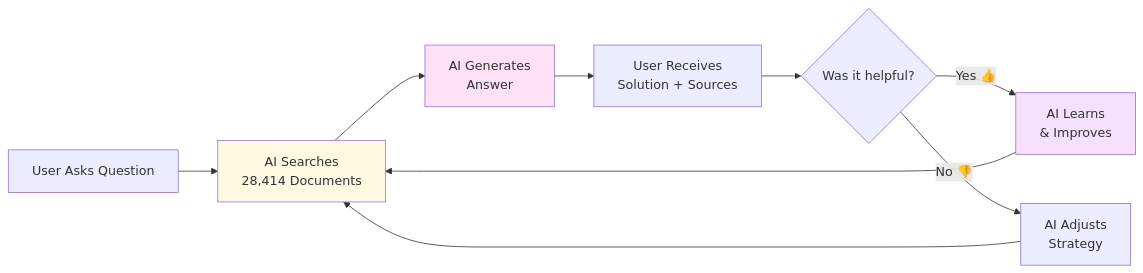
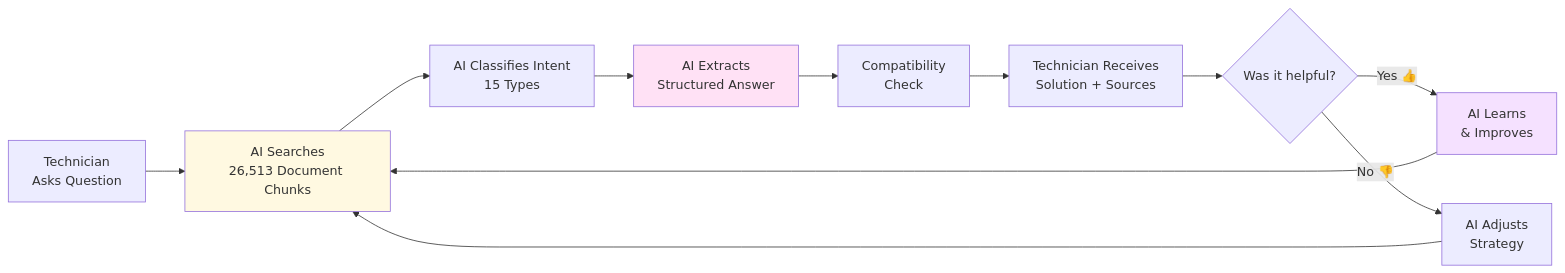
One commit to fatihhbayram/desoutter-assistant changed the ninth of 9 diagrams in ARCHITECTURE_DIAGRAMS.md. Above: the diagram before and after it, drawn with Mermaid. The commit also changed other lines of this file and 3 other files, not shown here.

First line of the commit message:
docs: update README, ROADMAP, CHANGELOG and ARCHITECTURE_DIAGRAMS to v2.0.1

````diff
--- a/ARCHITECTURE_DIAGRAMS.md
+++ b/ARCHITECTURE_DIAGRAMS.md
@@ -352,15 +431,17 @@
 ```mermaid
 graph LR
-    A[User Asks Question] --> B[AI Searches<br/>28,414 Documents]
-    B --> C[AI Generates<br/>Answer]
-    C --> D[User Receives<br/>Solution + Sources]
-    D --> E{Was it helpful?}
-    E -->|Yes 👍| F[AI Learns<br/>& Improves]
-    E -->|No 👎| G[AI Adjusts<br/>Strategy]
-    F --> B
-    G --> B
+    A[Technician<br/>Asks Question] --> B[AI Searches<br/>26,513 Document Chunks]
+    B --> C[AI Classifies Intent<br/>15 Types]
+    C --> D[AI Extracts<br/>Structured Answer]
+    D --> E[Compatibility<br/>Check]
+    E --> F[Technician Receives<br/>Solution + Sources]
+    F --> G{Was it helpful?}
+    G -->|Yes 👍| H[AI Learns<br/>& Improves]
+    G -->|No 👎| I[AI Adjusts<br/>Strategy]
+    H --> B
+    I --> B
 
     style B fill:#fff9e1
-    style C fill:#ffe1f5
-    style F fill:#f5e1ff
+    style D fill:#ffe1f5
+    style H fill:#f5e1ff
 ```
````
